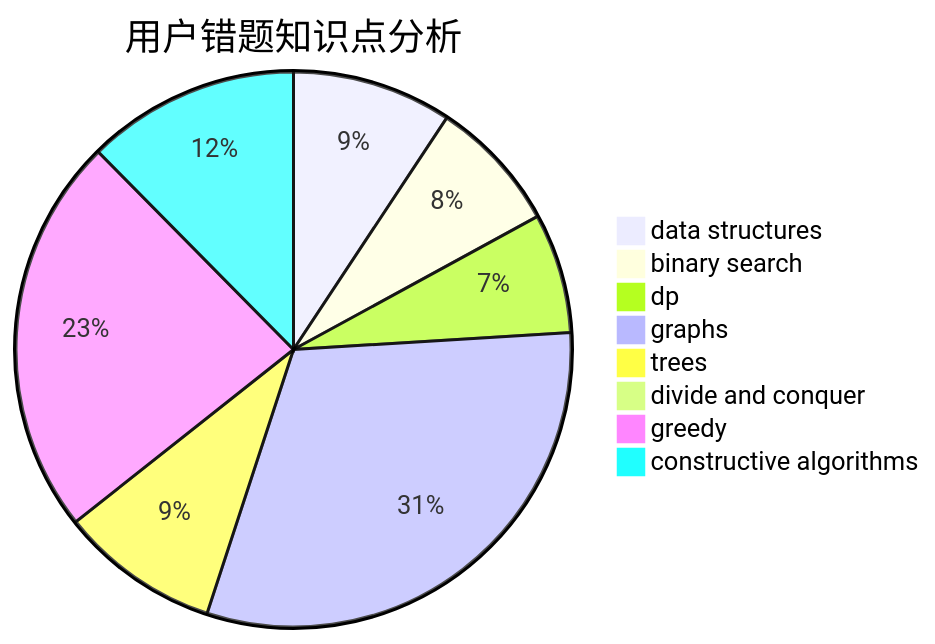
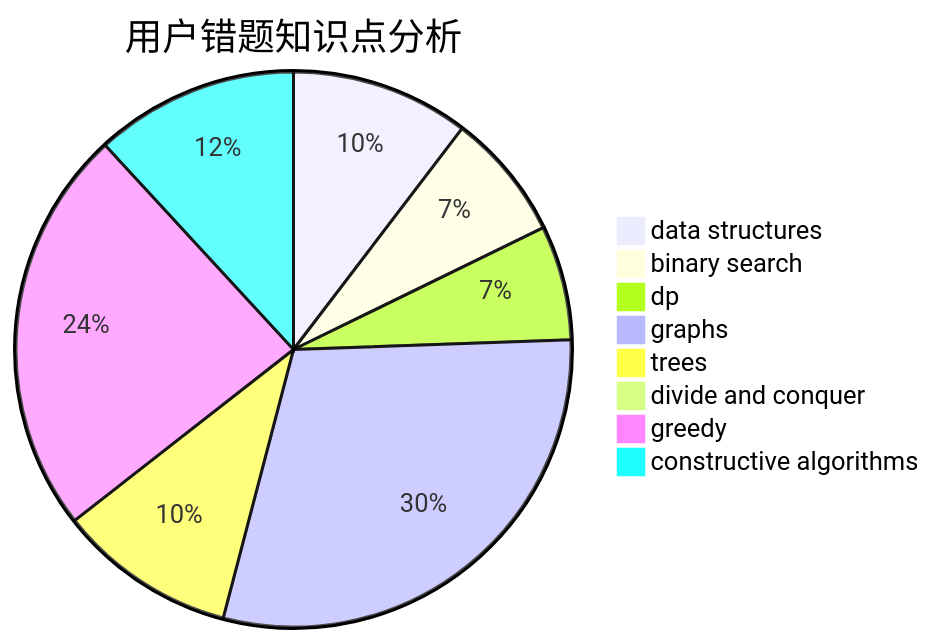
The third of 3 diagrams in docs/user/u1261.md (sherpahu/cfrs.github.io), drawn with Mermaid before and after one commit. The commit also changed other lines of this file and 2770 other files, not shown here.

````diff
--- a/docs/user/u1261.md
+++ b/docs/user/u1261.md
@@ -36,11 +36,11 @@
 ```mermaid
 pie title 用户错题知识点分析
-    "data structures" :  12
+    "data structures" :  14
     "binary search" :  10
     "dp" :  9
     "graphs" :  40
-    "trees" :  12
+    "trees" :  14
     "divide and conquer" :  0
-    "greedy" :  30
+    "greedy" :  32
     "constructive algorithms" :  16
 ```
````
